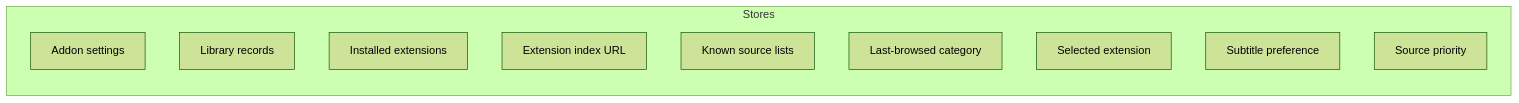
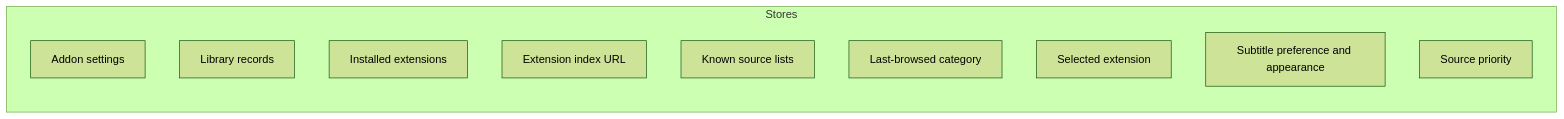
Before and after one commit to nimbusfvck/fvcksubs: the fifth of 6 diagrams in docs/05-data-model.md, drawn with Mermaid (forest theme). The commit also changed other lines of this file and 13 other files, not shown here.

Commit message:
feat(subtitles): add subtitle appearance preferences and settings

````diff
--- a/docs/05-data-model.md
+++ b/docs/05-data-model.md
@@ -205,14 +205,14 @@
 ```mermaid
 flowchart LR
     subgraph S["Stores"]
         A["Addon settings"]
         B["Library records"]
         C["Installed extensions"]
         D["Extension index URL"]
         E["Known source lists"]
         F["Last-browsed category"]
         G["Selected extension"]
-        H["Subtitle preference"]
+        H["Subtitle preference and appearance"]
         I["Source priority"]
     end
 ```
````
